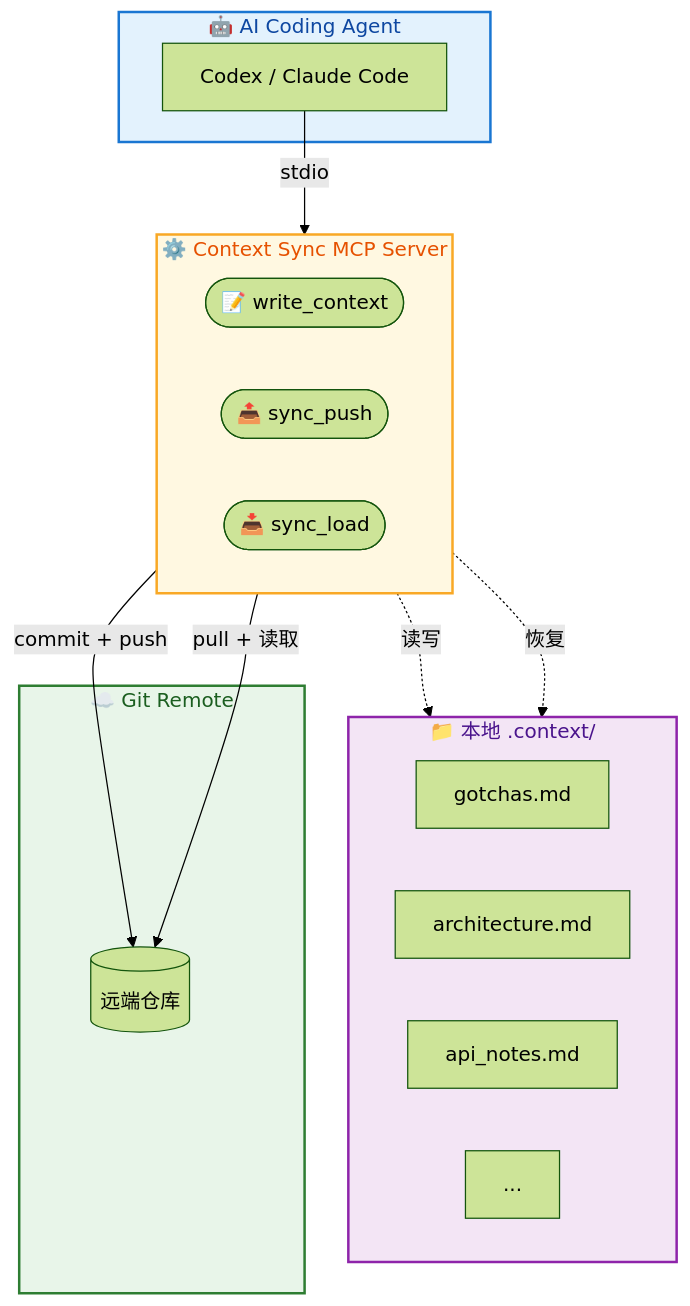
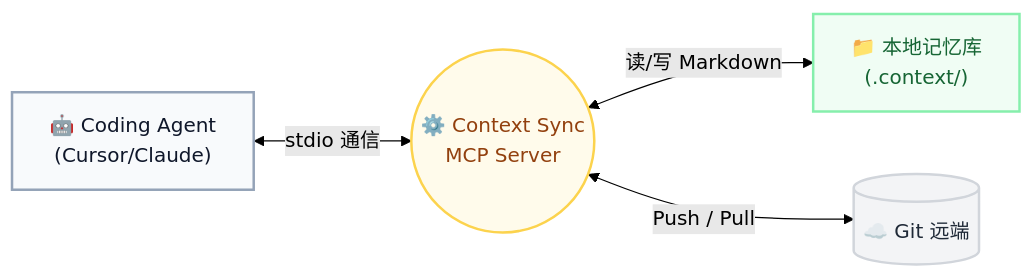
The first of 2 diagrams in README.md (1EchA/context-sync-mcp), drawn with Mermaid (forest theme) before and after one commit. The commit also changed other lines of this file, not shown here.

Commit message:
docs: overhaul copywriting and simplify diagrams

````diff
--- a/README.md
+++ b/README.md
@@ -62,36 +127,16 @@
 ```mermaid
-flowchart TB
-    subgraph Agent ["🤖 AI Coding Agent"]
-        A["Codex / Claude Code"]
-    end
+flowchart LR
+    A["🤖 Coding Agent<br>(Cursor/Claude)"]
+    M(("⚙️ Context Sync<br>MCP Server"))
+    F["📁 本地记忆库<br>(.context/)"]
+    G[("☁️ Git 远端")]
 
-    subgraph Server ["⚙️ Context Sync MCP Server"]
-        direction LR
-        W(["📝 write_context"])
-        P(["📤 sync_push"])
-        L(["📥 sync_load"])
-    end
+    A <-->|stdio 通信| M
+    M <-->|读/写 Markdown| F
+    M <-->|Push / Pull| G
 
-    subgraph Files ["📁 本地 .context/"]
-        direction LR
-        F1["gotchas.md"]
-        F2["architecture.md"]
-        F3["api_notes.md"]
-        F0["..."]
-    end
-
-    subgraph Git ["☁️ Git Remote"]
-        R[("远端仓库")]
-    end
-
-    A -- "stdio" --> Server
-    W -. "读写" .-> Files
-    P -- "commit + push" --> R
-    L -- "pull + 读取" --> R
-    L -. "恢复" .-> Files
-
-    style Agent fill:#e3f2fd,stroke:#1976D2,stroke-width:2px,color:#0D47A1
-    style Server fill:#fff8e1,stroke:#F9A825,stroke-width:2px,color:#E65100
-    style Files fill:#f3e5f5,stroke:#8E24AA,stroke-width:2px,color:#4A148C
-    style Git fill:#e8f5e9,stroke:#2E7D32,stroke-width:2px,color:#1B5E20
+    style A fill:#f8fafc,stroke:#94a3b8,stroke-width:2px,color:#0f172a
+    style M fill:#fffbeb,stroke:#fcd34d,stroke-width:2px,color:#92400e
+    style F fill:#f0fdf4,stroke:#86efac,stroke-width:2px,color:#166534
+    style G fill:#f3f4f6,stroke:#d1d5db,stroke-width:2px,color:#1f2937
 ```
````
